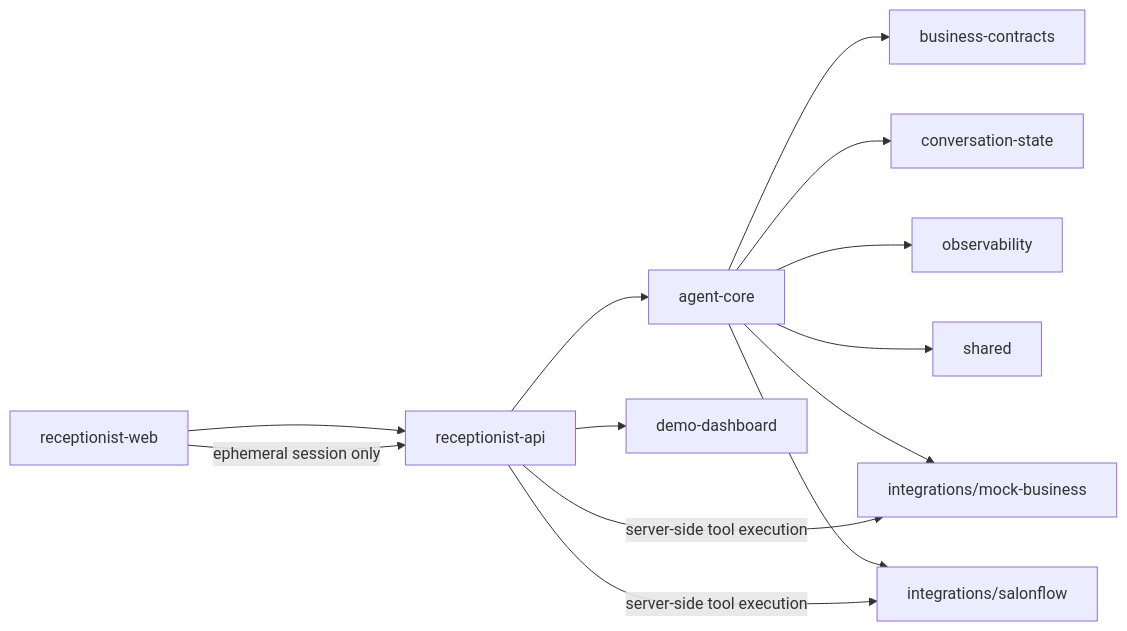
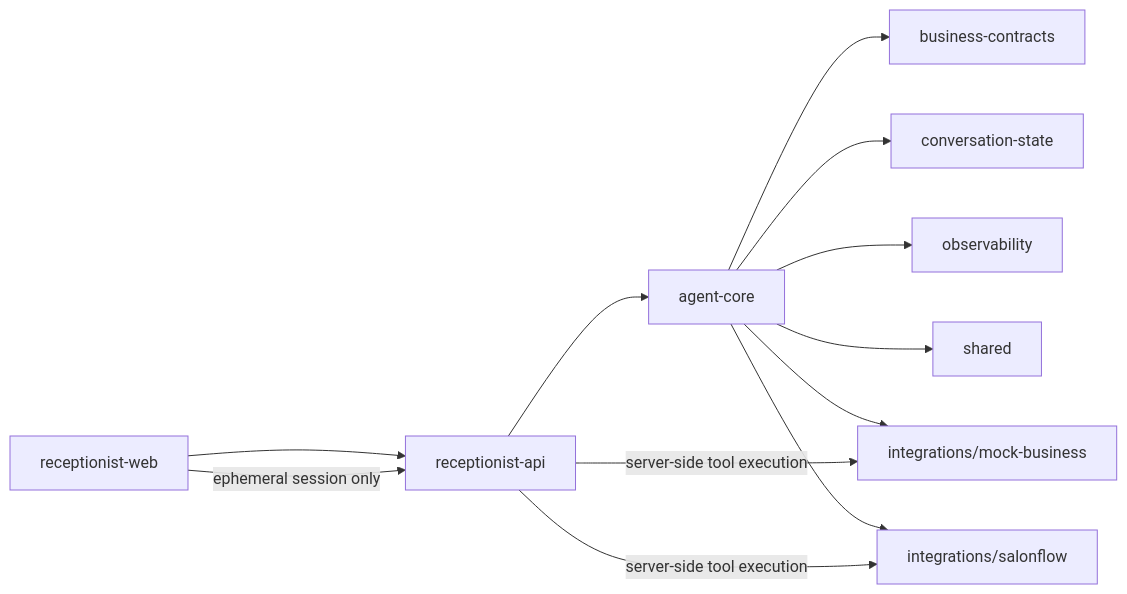
One commit to Sudo-Programmer-Official/sudo-ai-receptionist changed the diagram in docs/architecture.md. Above: the diagram before and after it, drawn with Mermaid. The commit also changed other lines of this file and 4 other files, not shown here.

Commit message:
chore: remove demo-dashboard application and related files

````diff
--- a/docs/architecture.md
+++ b/docs/architecture.md
@@ -3,15 +3,14 @@
 ```mermaid
 flowchart LR
   Browser[receptionist-web] --> API[receptionist-api]
   API --> Core[agent-core]
   Core --> Contracts[business-contracts]
   Core --> State[conversation-state]
   Core --> Obs[observability]
   Core --> Shared[shared]
   Core --> Mock[integrations/mock-business]
   Core --> SF[integrations/salonflow]
   Browser -->|ephemeral session only| API
   API -->|server-side tool execution| Mock
   API -->|server-side tool execution| SF
-  API --> Dashboard[demo-dashboard]
 ```
````
